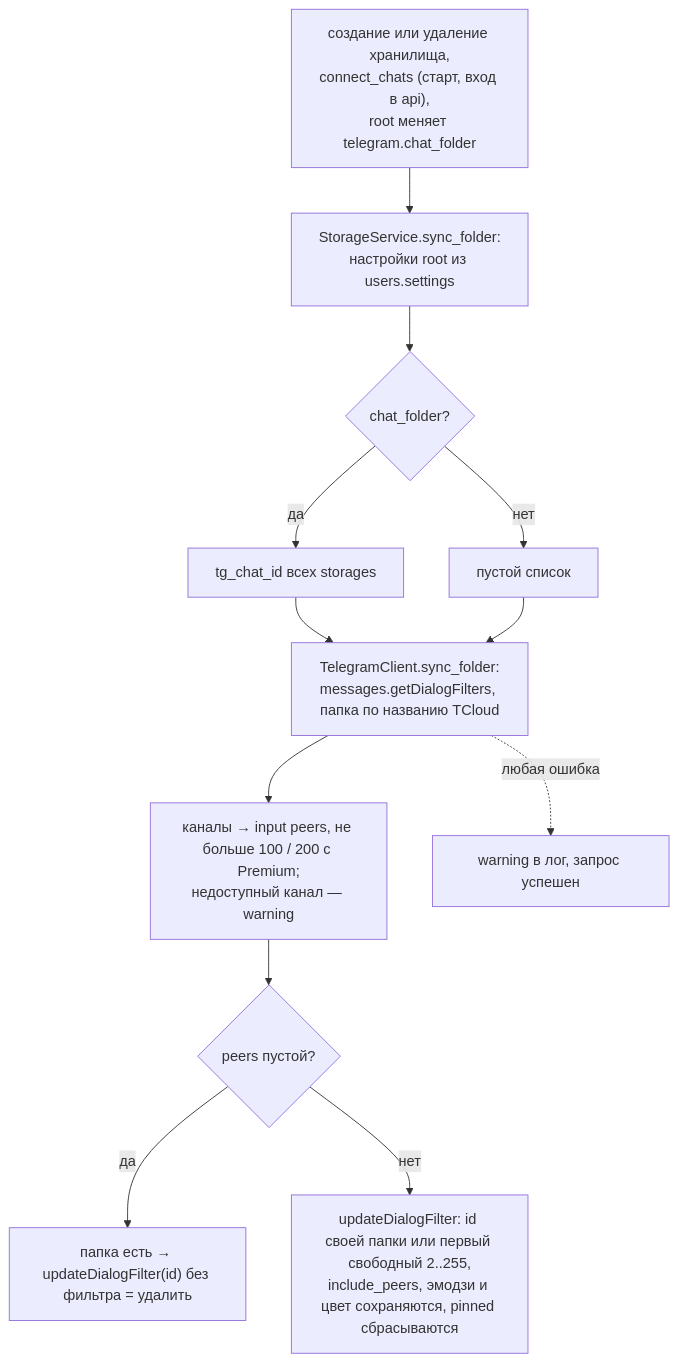
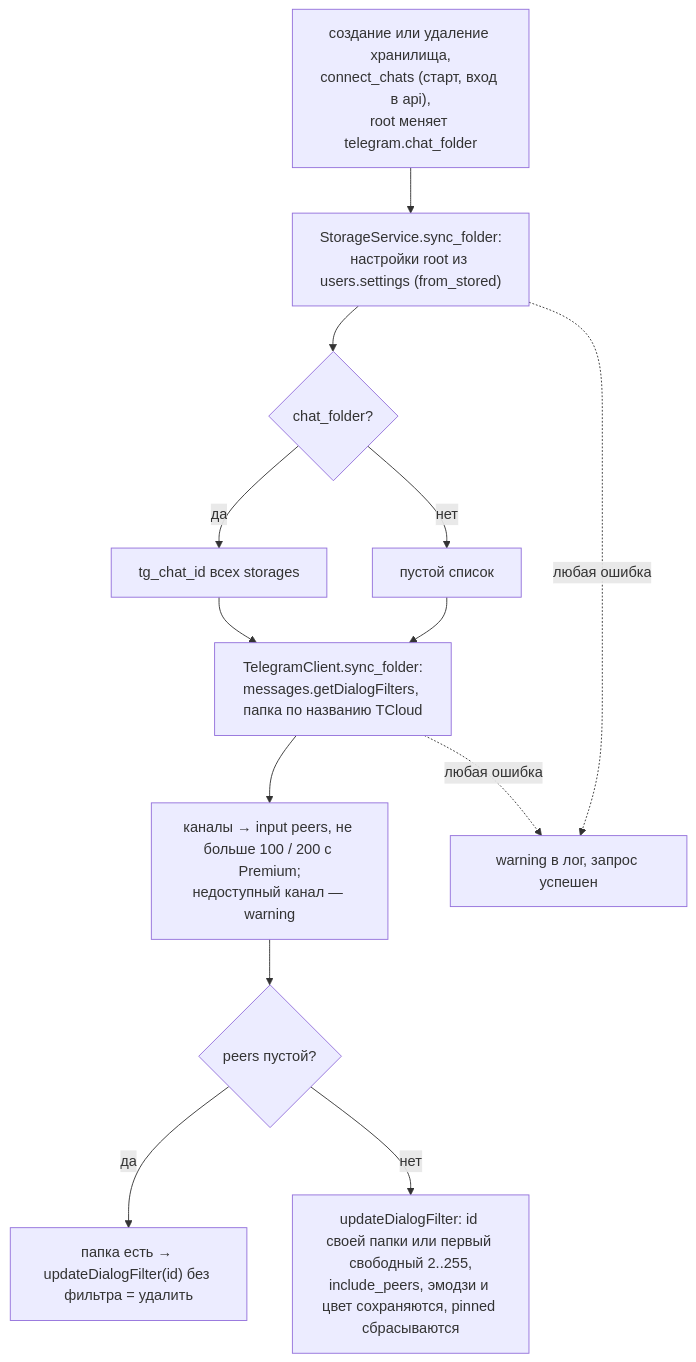
The second of 3 diagrams in docs/flows/storages.md (NikitkaZXC/tcloud-backend), drawn with Mermaid before and after one commit. The commit also changed other lines of this file and 2 other files, not shown here.

Commit message:
fix: StorageService.sync_folder reads root settings tolerantly and never fails after commit

````diff
--- a/docs/flows/storages.md
+++ b/docs/flows/storages.md
@@ -56,14 +57,15 @@
 ```mermaid
 flowchart TD
-    trig["создание или удаление хранилища,<br/>connect_chats (старт, вход в api),<br/>root меняет telegram.chat_folder"] --> root["StorageService.sync_folder:<br/>настройки root из users.settings"]
+    trig["создание или удаление хранилища,<br/>connect_chats (старт, вход в api),<br/>root меняет telegram.chat_folder"] --> root["StorageService.sync_folder:<br/>настройки root из users.settings (from_stored)"]
     root --> en{"chat_folder?"}
     en -->|да| ids["tg_chat_id всех storages"]
     en -->|нет| none["пустой список"]
     ids --> tg["TelegramClient.sync_folder:<br/>messages.getDialogFilters, папка по названию TCloud"]
     none --> tg
     tg --> peers["каналы → input peers, не больше 100 / 200 с Premium;<br/>недоступный канал — warning"]
     peers --> empty{"peers пустой?"}
     empty -->|да| del["папка есть → updateDialogFilter(id) без фильтра = удалить"]
     empty -->|нет| upd["updateDialogFilter: id своей папки или первый свободный 2..255,<br/>include_peers, эмодзи и цвет сохраняются, pinned сбрасываются"]
+    root -. "любая ошибка" .-> log
     tg -. "любая ошибка" .-> log["warning в лог, запрос успешен"]
 ```
````
